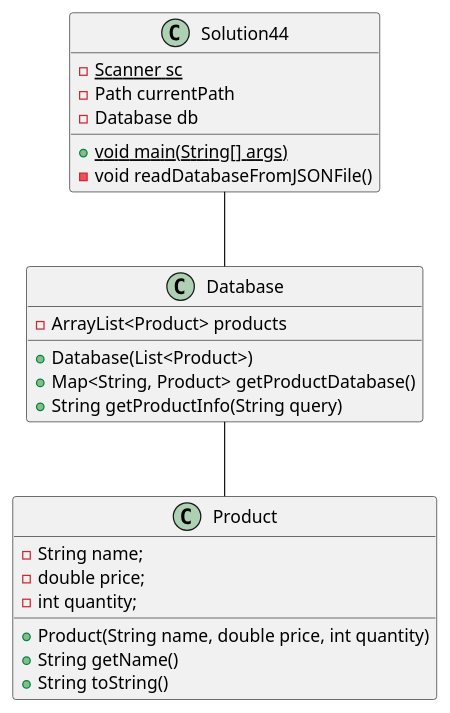
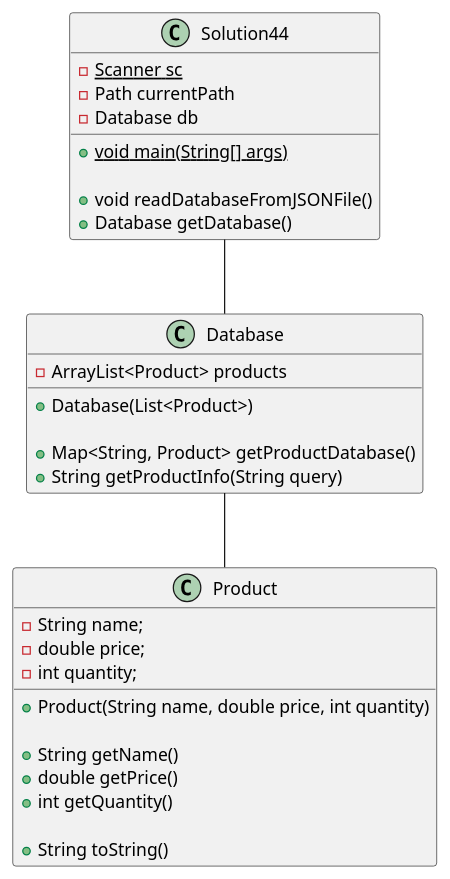
One commit to ethandrzb/thomas-a04 changed the diagram in exercise44/docs/class_diagram.puml. Above: the diagram before and after it, drawn with PlantUML. The commit also changed 3 other files, not shown here.

Commit message:
Updated and commented UML diagram Added comment to DatabaseTest

```diff
--- a/exercise44/docs/class_diagram.puml
+++ b/exercise44/docs/class_diagram.puml
@@ -1,37 +1,50 @@
 @startuml
 'https://plantuml.com/class-diagram
 
 class Solution44
 {
     -{static} Scanner sc
     -Path currentPath
     -Database db
 
     +{static} void main(String[] args)
-    -void readDatabaseFromJSONFile()
+
+    +void readDatabaseFromJSONFile()
+    +Database getDatabase()
 }
 
 class Database
 {
+    ' Fields
     -ArrayList<Product> products
 
+    ' Constructor
     +Database(List<Product>)
+
+    ' User interface
     +Map<String, Product> getProductDatabase()
     +String getProductInfo(String query)
 }
 
 class Product
 {
+    ' Fields
     -String name;
     -double price;
     -int quantity;
 
+    ' Constructor
     +Product(String name, double price, int quantity)
+
+    ' Accessor methods
     +String getName()
+    +double getPrice()
+    +int getQuantity()
+
     +String toString()
 }
 
 Solution44 -- Database
 Database -- Product
 
 @enduml
```
